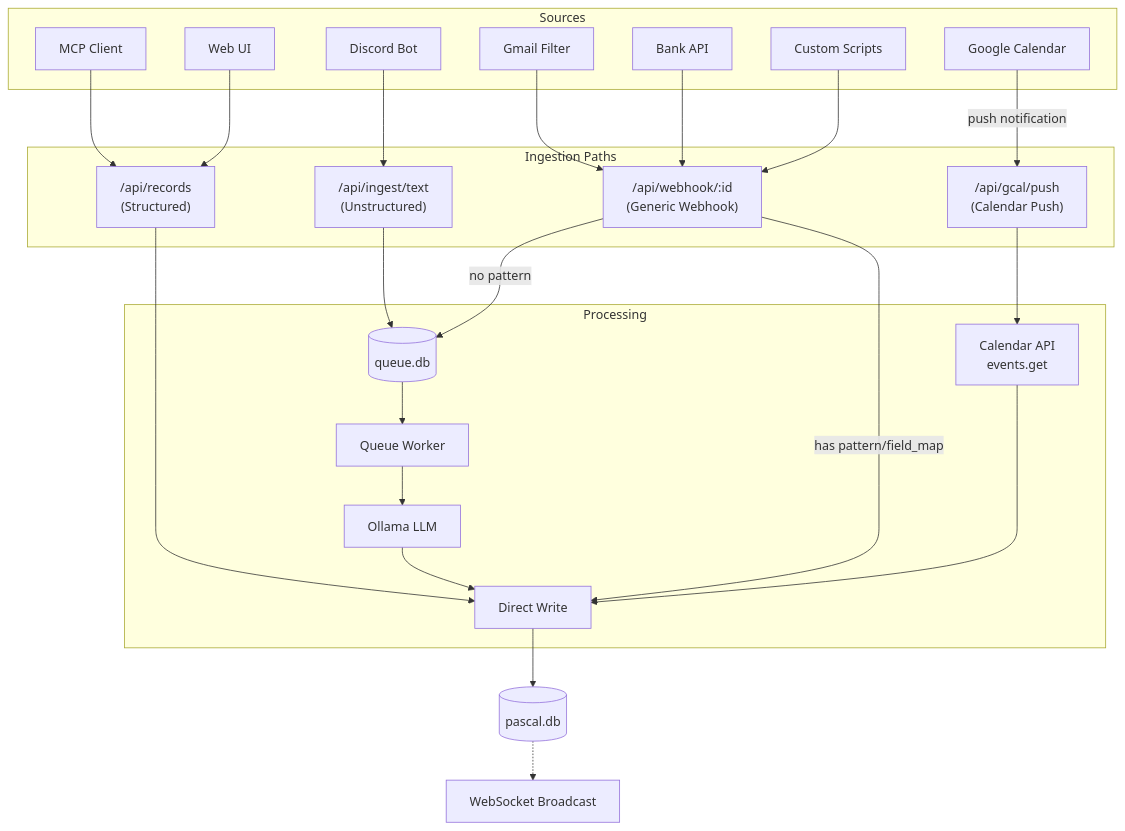
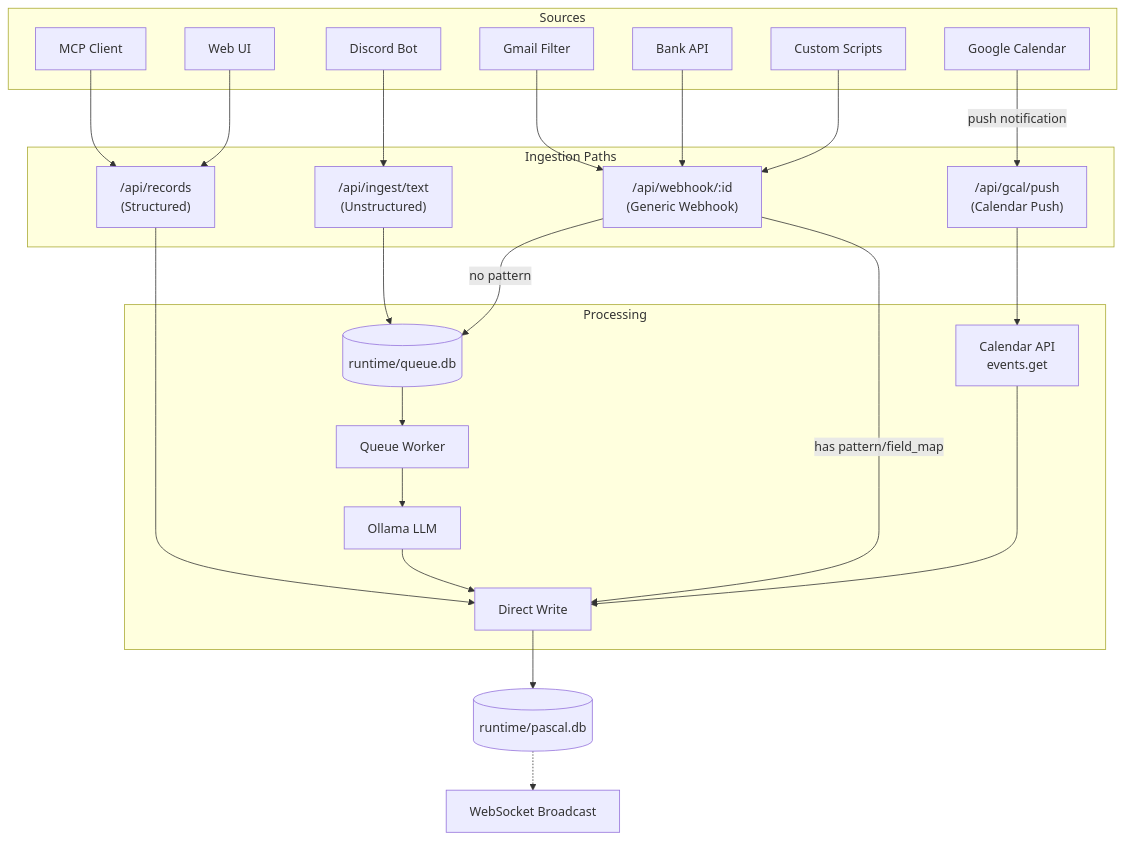
Before and after one commit to peatiscoding/pascal: the first of 2 diagrams in ingestion.md, drawn with Mermaid. The commit also changed other lines of this file and 7 other files, not shown here.

````diff
--- a/ingestion.md
+++ b/ingestion.md
@@ -7,54 +7,54 @@
 ```mermaid
 flowchart TB
     subgraph Sources
         MCP[MCP Client]
         WebUI[Web UI]
         Bot[Discord Bot]
         Gmail[Gmail Filter]
         Bank[Bank API]
         Scripts[Custom Scripts]
         GCal[Google Calendar]
     end
 
     subgraph Ingestion["Ingestion Paths"]
         Structured["/api/records\n(Structured)"]
         Webhook["/api/webhook/:id\n(Generic Webhook)"]
         GCalPush["/api/gcal/push\n(Calendar Push)"]
         Ingest["/api/ingest/text\n(Unstructured)"]
     end
 
     subgraph Processing
         Direct[Direct Write]
-        Queue[(queue.db)]
+        Queue[(runtime/queue.db)]
         Worker[Queue Worker]
         Ollama[Ollama LLM]
         CalAPI[Calendar API\nevents.get]
     end
 
-    PascalDB[(pascal.db)]
+    PascalDB[(runtime/pascal.db)]
     WSHub[WebSocket Broadcast]
 
     MCP --> Structured
     WebUI --> Structured
     Structured --> Direct
 
     Gmail --> Webhook
     Bank --> Webhook
     Scripts --> Webhook
     Webhook -->|has pattern/field_map| Direct
     Webhook -->|no pattern| Queue
 
     Bot --> Ingest
     Ingest --> Queue
 
     GCal -->|push notification| GCalPush
     GCalPush --> CalAPI
     CalAPI --> Direct
 
     Queue --> Worker
     Worker --> Ollama
     Ollama --> Direct
 
     Direct --> PascalDB
     PascalDB -.-> WSHub
 ```
````
